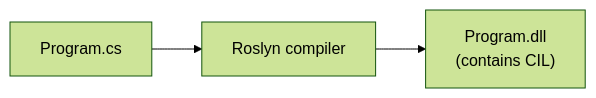
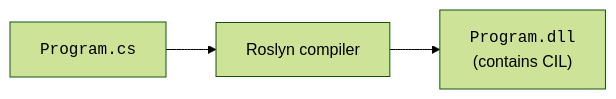
Before and after one commit to dataslope/dataslope: the first of 5 diagrams in content/learn/intro-modern-csharp/how-programs-execute.mdx, drawn with Mermaid (forest theme). The commit also changed 218 other files, not shown here.

First line of the commit message:
Render code-only mermaid shapes in monospace; convert step sequences to Steps (#467)

````diff
--- a/content/learn/intro-modern-csharp/how-programs-execute.mdx
+++ b/content/learn/intro-modern-csharp/how-programs-execute.mdx
@@ -90,5 +90,5 @@
 ```mermaid
 flowchart LR
-    S["Program.cs"] --> R["Roslyn compiler"]
-    R --> D["Program.dll<br/>(contains CIL)"]
+    S["<code>Program.cs</code>"] --> R["Roslyn compiler"]
+    R --> D["<code>Program.dll</code><br/>(contains CIL)"]
 ```
````
